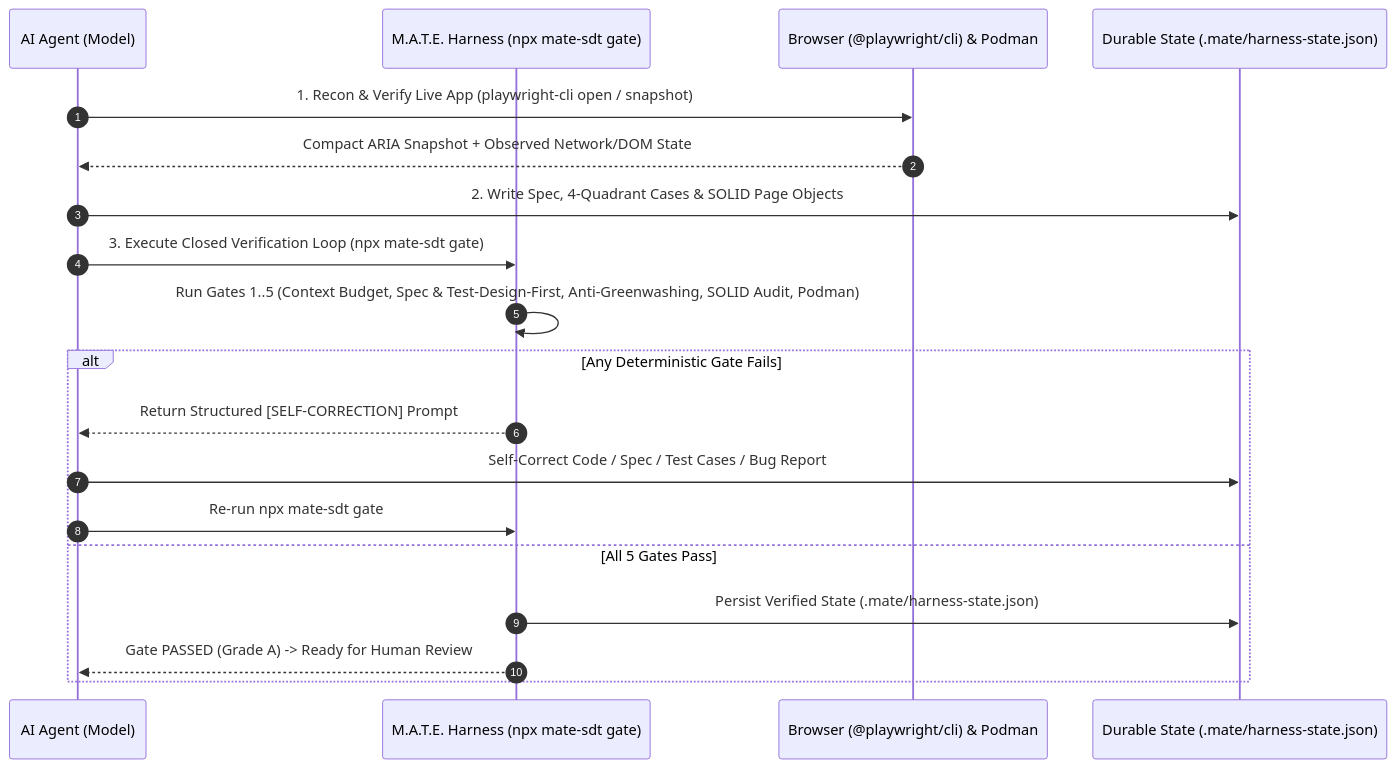
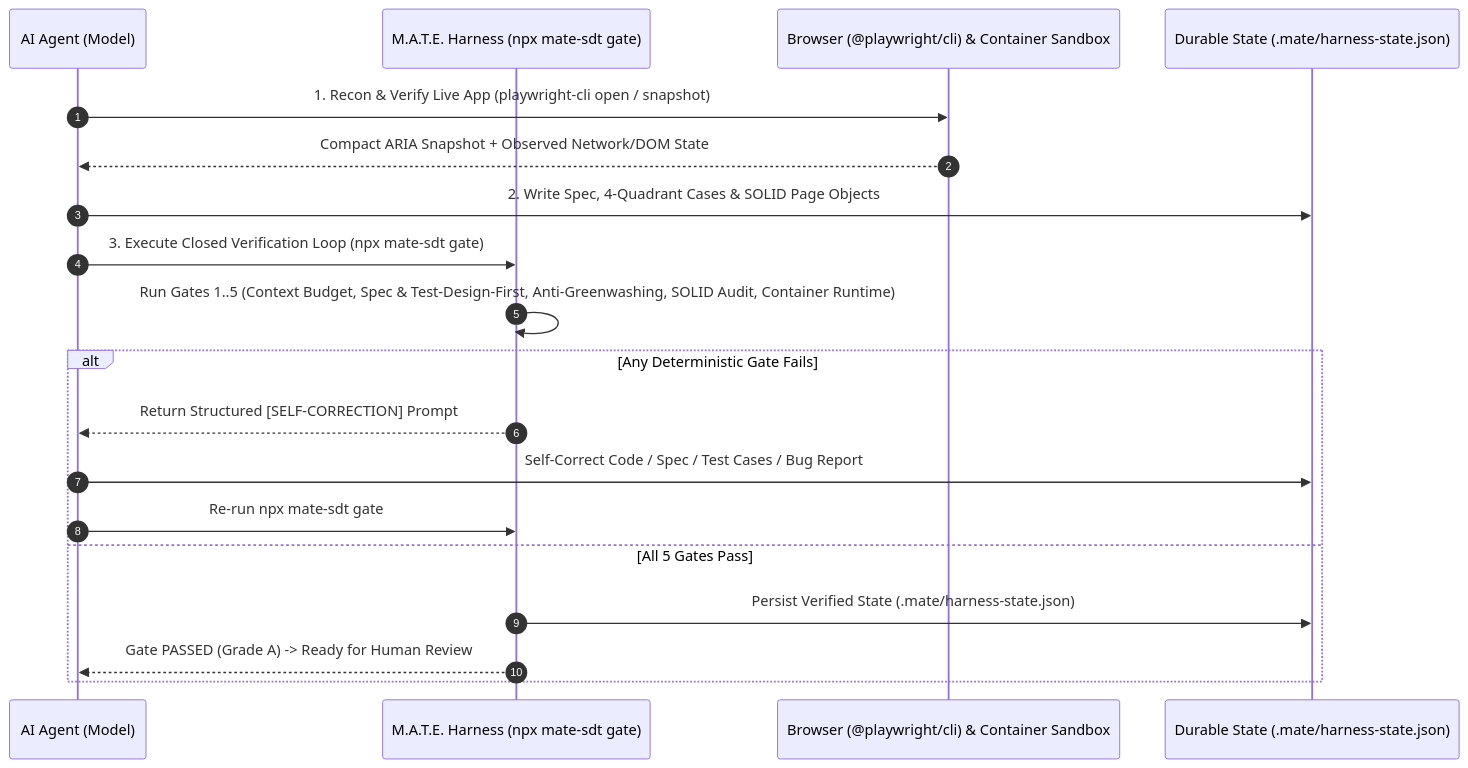
Before and after one commit to crespoantonio/mate-sdt: the second of 2 diagrams in docs/CONTEXT_AND_HARNESS_ENGINEERING.md, drawn with Mermaid. The commit also changed other lines of this file and 5 other files, not shown here.

Commit message:
docs: add core reference documentation and update manifesto and readme for container sandboxing and MATE-ANTI-08 rule

````diff
--- a/docs/CONTEXT_AND_HARNESS_ENGINEERING.md
+++ b/docs/CONTEXT_AND_HARNESS_ENGINEERING.md
@@ -59,22 +59,22 @@
 ```mermaid
 sequenceDiagram
     autonumber
     participant Agent as AI Agent (Model)
     participant Harness as M.A.T.E. Harness (npx mate-sdt gate)
-    participant Sandbox as Browser (@playwright/cli) & Podman
+    participant Sandbox as Browser (@playwright/cli) & Container Sandbox
     participant State as Durable State (.mate/harness-state.json)
 
     Agent->>Sandbox: 1. Recon & Verify Live App (playwright-cli open / snapshot)
     Sandbox-->>Agent: Compact ARIA Snapshot + Observed Network/DOM State
     Agent->>State: 2. Write Spec, 4-Quadrant Cases & SOLID Page Objects
     Agent->>Harness: 3. Execute Closed Verification Loop (npx mate-sdt gate)
-    Harness->>Harness: Run Gates 1..5 (Context Budget, Spec & Test-Design-First, Anti-Greenwashing, SOLID Audit, Podman)
+    Harness->>Harness: Run Gates 1..5 (Context Budget, Spec & Test-Design-First, Anti-Greenwashing, SOLID Audit, Container Runtime)
     alt Any Deterministic Gate Fails
         Harness-->>Agent: Return Structured [SELF-CORRECTION] Prompt
         Agent->>State: Self-Correct Code / Spec / Test Cases / Bug Report
         Agent->>Harness: Re-run npx mate-sdt gate
     else All 5 Gates Pass
         Harness->>State: Persist Verified State (.mate/harness-state.json)
         Harness-->>Agent: Gate PASSED (Grade A) -> Ready for Human Review
     end
 ```
````
